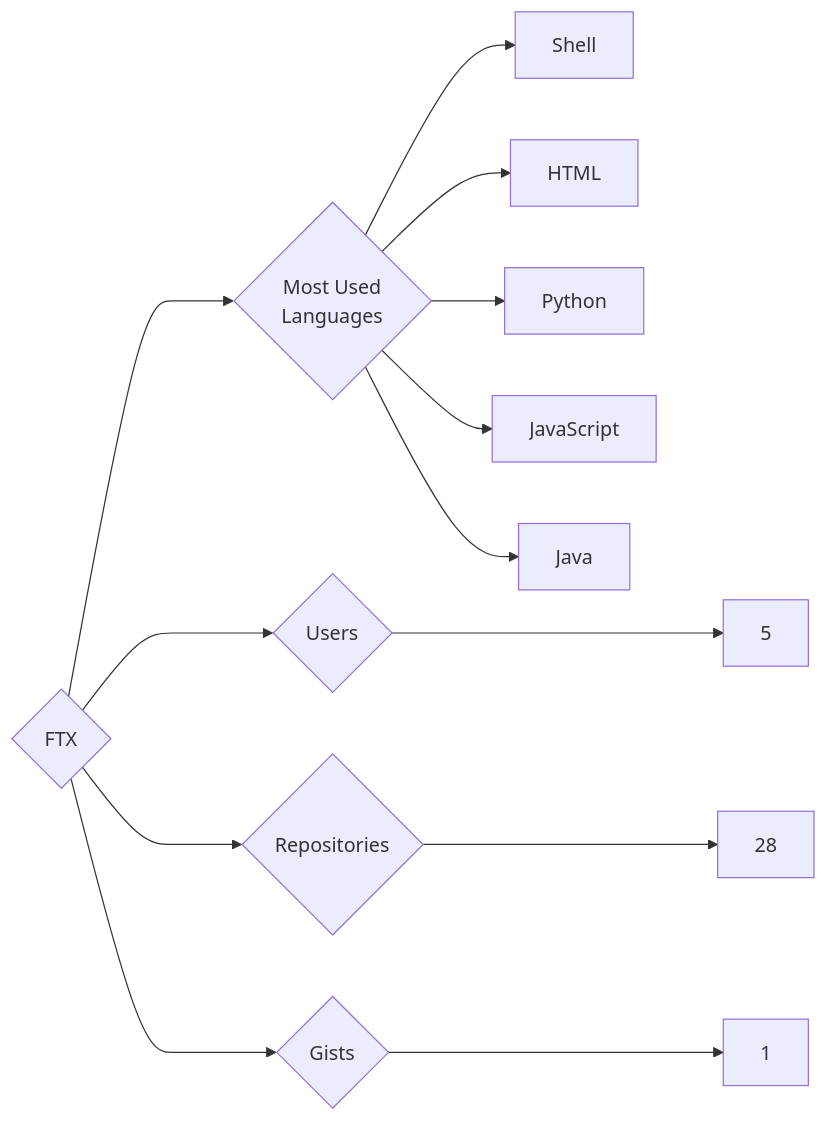
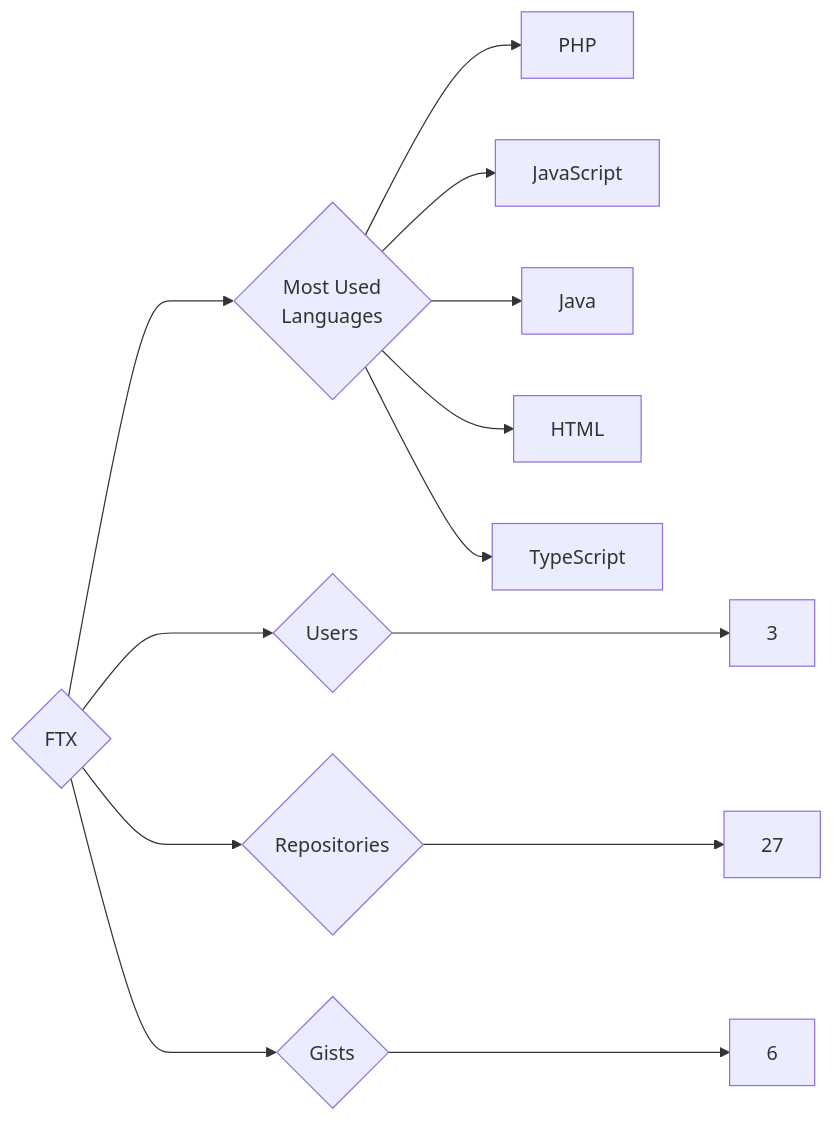
Before and after one commit to trickest/insiders: the diagram in targets/FTX/README.md, drawn with Mermaid. The commit also changed 815 other files, not shown here.

````diff
--- a/targets/FTX/README.md
+++ b/targets/FTX/README.md
@@ -3,13 +3,13 @@
 ```mermaid
 graph LR
 COMPANY_NAME{FTX}
-COMPANY_NAME ---> U{Users} ---> UN[5]
-COMPANY_NAME ---> R{Repositories} ---> RN[28]
-COMPANY_NAME ---> G{Gists} ---> GN[1]
+COMPANY_NAME ---> U{Users} ---> UN[3]
+COMPANY_NAME ---> R{Repositories} ---> RN[27]
+COMPANY_NAME ---> G{Gists} ---> GN[6]
 COMPANY_NAME ---> ML{Most Used<br>Languages}
-ML --> Shell[Shell]
-ML --> HTML[HTML]
-ML --> Python[Python]
+ML --> PHP[PHP]
 ML --> JavaScript[JavaScript]
 ML --> Java[Java]
+ML --> HTML[HTML]
+ML --> TypeScript[TypeScript]
 ```
````
